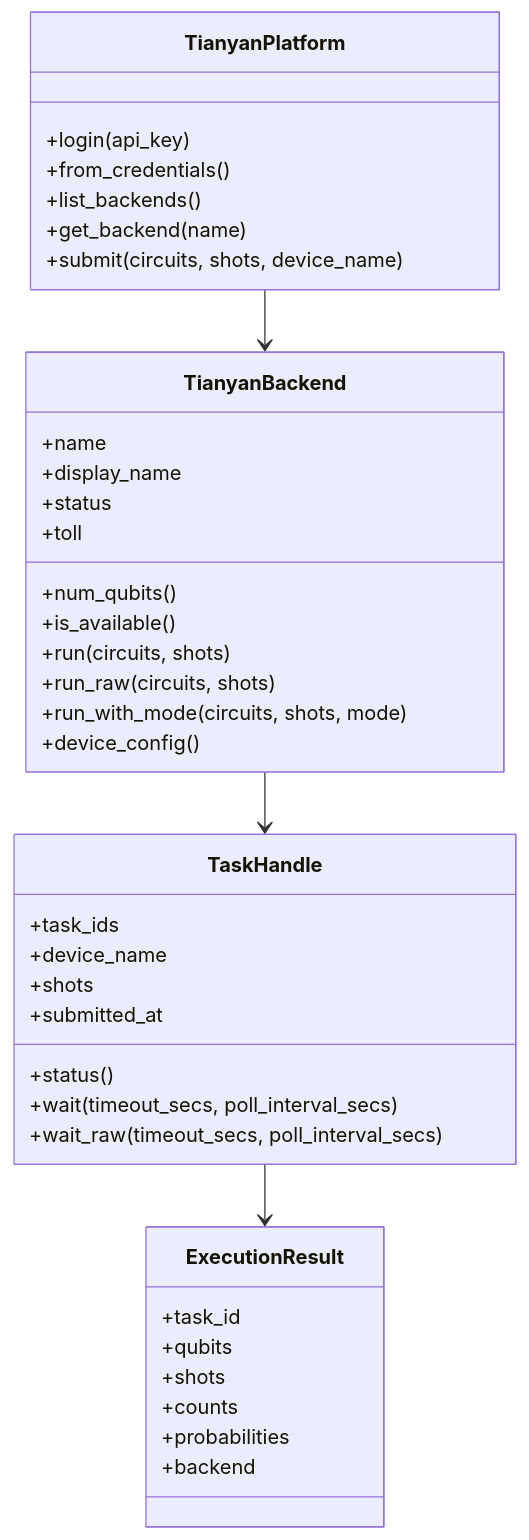
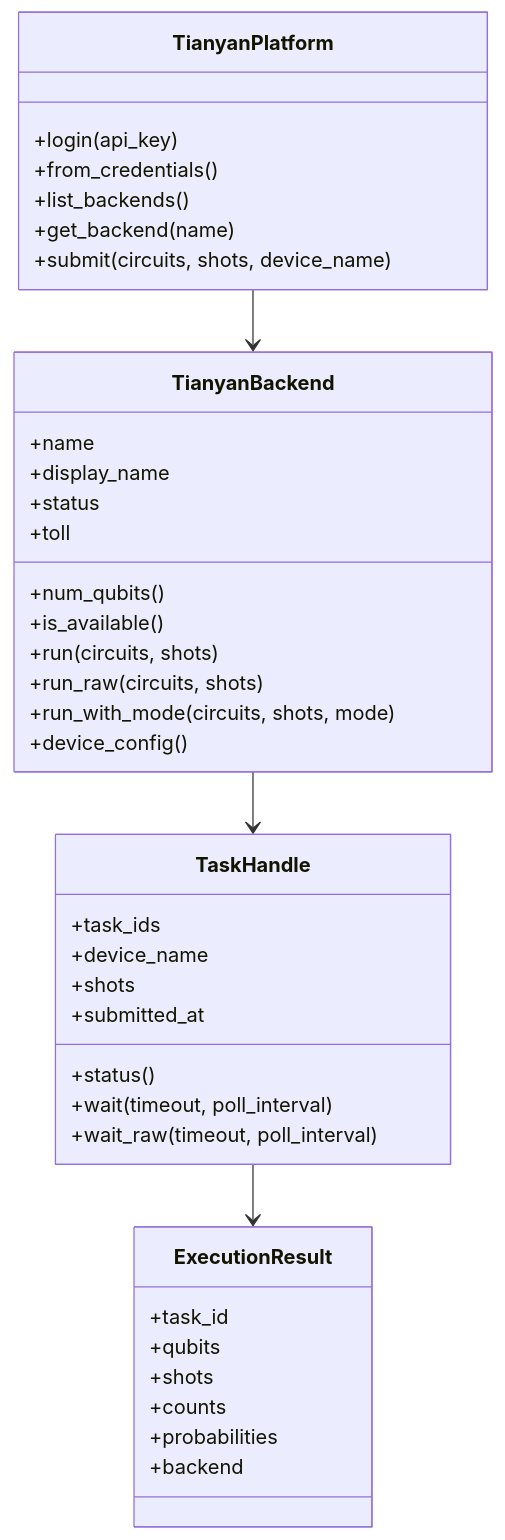
Before and after one commit to cq-lib/cqlib: the second of 2 diagrams in docs/documentation/cn/1_cqlib/7_tianyan/0_overview.md, drawn with Mermaid. The commit also changed other lines of this file and 7 other files, not shown here.

Commit message:
docs(tianyan): fix wait/wait_raw parameter names to timeout and poll_interval

````diff
--- a/docs/documentation/cn/1_cqlib/7_tianyan/0_overview.md
+++ b/docs/documentation/cn/1_cqlib/7_tianyan/0_overview.md
@@ -100,42 +100,42 @@
 ```mermaid
 classDiagram
     class TianyanPlatform {
         +login(api_key)
         +from_credentials()
         +list_backends()
         +get_backend(name)
         +submit(circuits, shots, device_name)
     }
     class TianyanBackend {
         +name
         +display_name
         +status
         +toll
         +num_qubits()
         +is_available()
         +run(circuits, shots)
         +run_raw(circuits, shots)
         +run_with_mode(circuits, shots, mode)
         +device_config()
     }
     class TaskHandle {
         +task_ids
         +device_name
         +shots
         +submitted_at
         +status()
-        +wait(timeout_secs, poll_interval_secs)
-        +wait_raw(timeout_secs, poll_interval_secs)
+        +wait(timeout, poll_interval)
+        +wait_raw(timeout, poll_interval)
     }
     class ExecutionResult {
         +task_id
         +qubits
         +shots
         +counts
         +probabilities
         +backend
     }
     TianyanPlatform --> TianyanBackend
     TianyanBackend --> TaskHandle
     TaskHandle --> ExecutionResult
 ```
````
